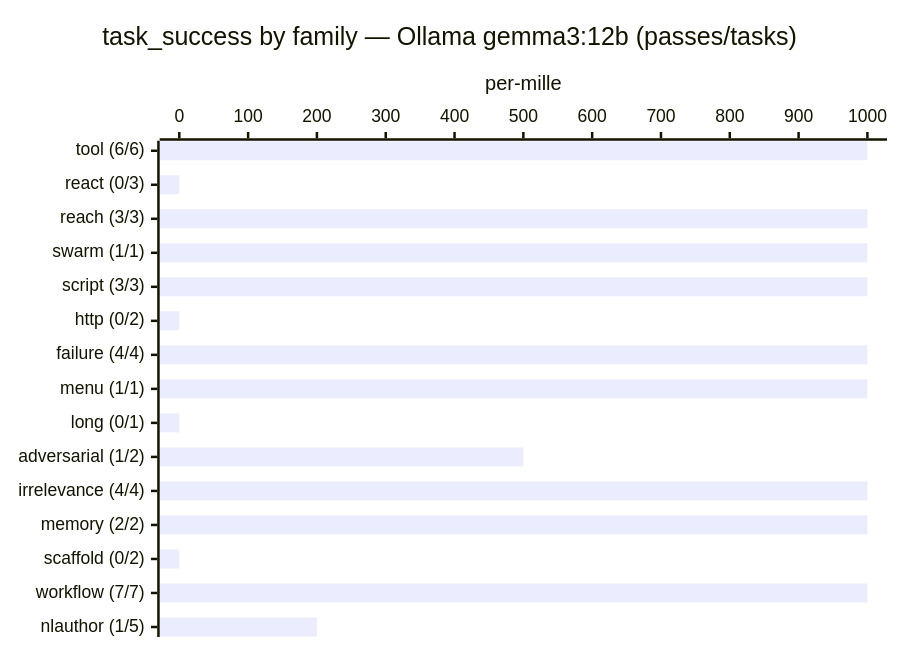
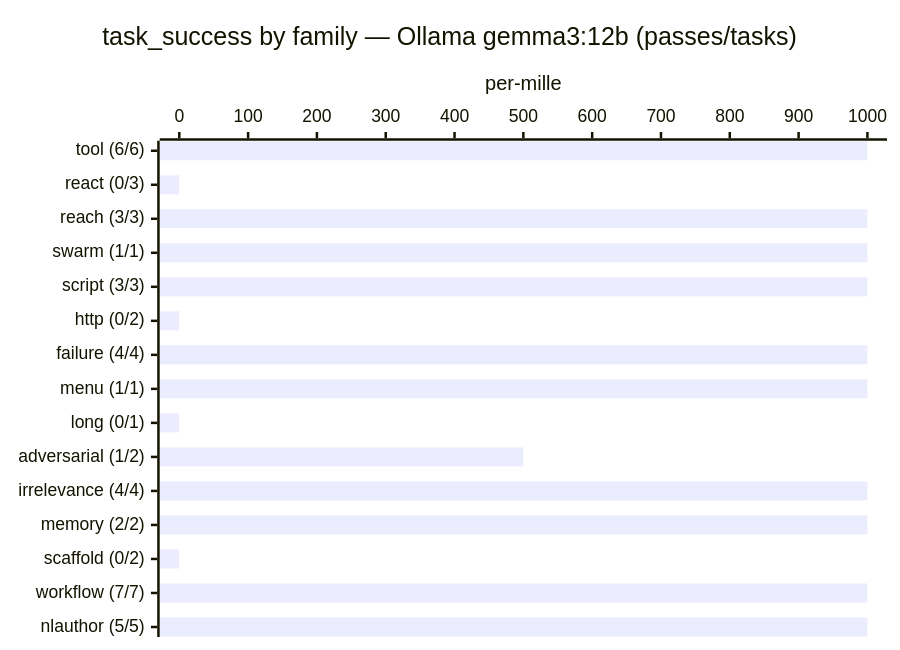
One commit to Kortecx/kortecx changed the first of 2 diagrams in README.md. Above: the diagram before and after it, drawn with Mermaid. The commit also changed other lines of this file and 6 other files, not shown here.

````diff
--- a/README.md
+++ b/README.md
@@ -310,7 +310,7 @@
 ```mermaid
 xychart-beta horizontal
     title "task_success by family — Ollama gemma3:12b (passes/tasks)"
-    x-axis ["tool (6/6)", "react (0/3)", "reach (3/3)", "swarm (1/1)", "script (3/3)", "http (0/2)", "failure (4/4)", "menu (1/1)", "long (0/1)", "adversarial (1/2)", "irrelevance (4/4)", "memory (2/2)", "scaffold (0/2)", "workflow (7/7)", "nlauthor (1/5)"]
+    x-axis ["tool (6/6)", "react (0/3)", "reach (3/3)", "swarm (1/1)", "script (3/3)", "http (0/2)", "failure (4/4)", "menu (1/1)", "long (0/1)", "adversarial (1/2)", "irrelevance (4/4)", "memory (2/2)", "scaffold (0/2)", "workflow (7/7)", "nlauthor (5/5)"]
     y-axis "per-mille" 0 --> 1000
-    bar [1000, 0, 1000, 1000, 1000, 0, 1000, 1000, 0, 500, 1000, 1000, 0, 1000, 200]
+    bar [1000, 0, 1000, 1000, 1000, 0, 1000, 1000, 0, 500, 1000, 1000, 0, 1000, 1000]
 ```
````
